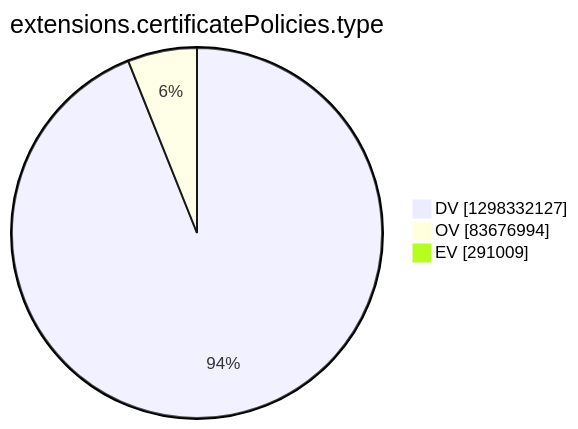
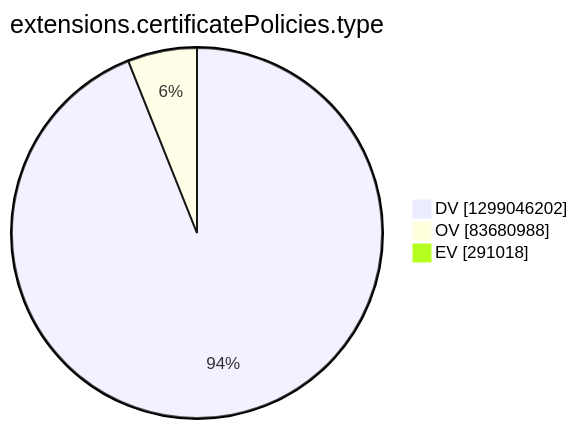
One commit to christiankrug/ctmonitor_visualization changed the tenth of 15 diagrams in argon2022/README.md. Above: the diagram before and after it, drawn with Mermaid. The commit also changed other lines of this file, not shown here.

````diff
--- a/argon2022/README.md
+++ b/argon2022/README.md
@@ -2772,7 +2772,7 @@
 ```mermaid
 pie showData
 title extensions.certificatePolicies.type
-"DV" :1298332127
-"OV" :83676994
-"EV" :291009
+"DV" :1299046202
+"OV" :83680988
+"EV" :291018
 ```
````
